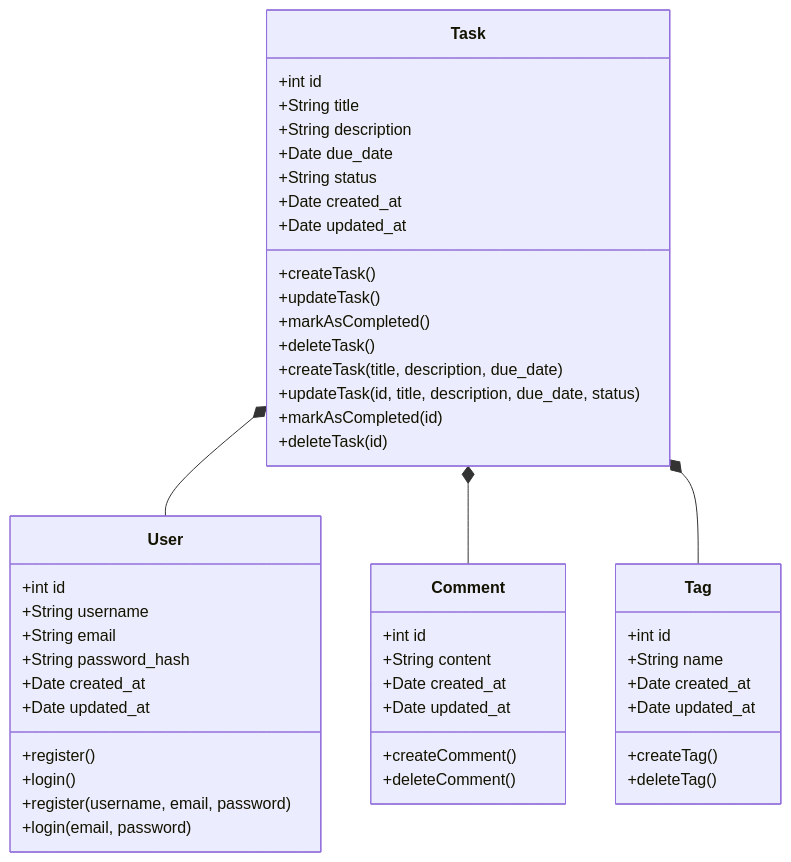
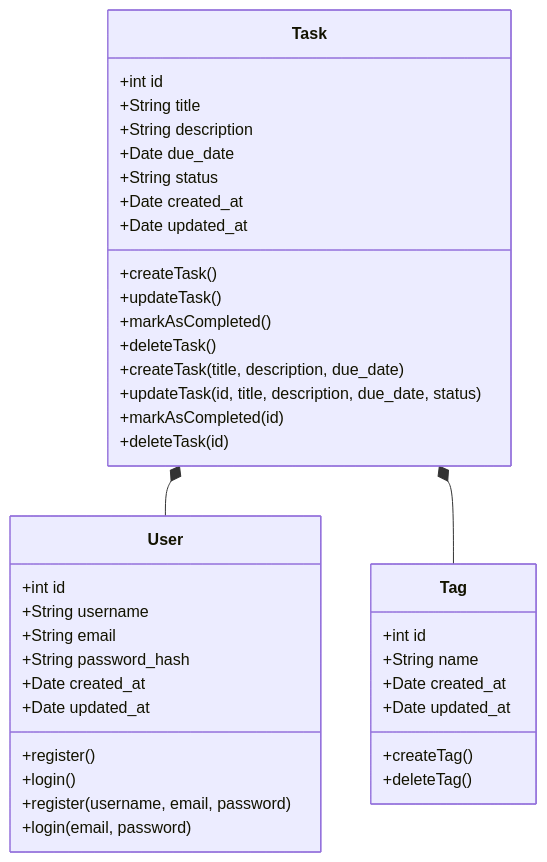
One commit to amandinhacruz/DecolaTech_Taskify changed the diagram in README.md. Above: the diagram before and after it, drawn with Mermaid.

````diff
--- a/README.md
+++ b/README.md
@@ -1,57 +1,49 @@
 ```mermaid
 classDiagram
     class Task {
         +int id
         +String title
         +String description
         +Date due_date
         +String status
         +Date created_at
         +Date updated_at
         +createTask()
         +updateTask()
         +markAsCompleted()
         +deleteTask()
     }
 
     class User {
         +int id
         +String username
         +String email
         +String password_hash
         +Date created_at
         +Date updated_at
         +register()
         +login()
     }
 
     Task * -- User 
-    Task * -- Comment 
     Task * -- Tag 
 
-    class Comment {
-        +int id
-        +String content
-        +Date created_at
-        +Date updated_at
-        +createComment()
-        +deleteComment()
-    }
+   
 
     class Tag {
         +int id
         +String name
         +Date created_at
         +Date updated_at
         +createTag()
         +deleteTag()
     }
 
     Task : +createTask(title, description, due_date)
     Task : +updateTask(id, title, description, due_date, status)
     Task : +markAsCompleted(id)
     Task : +deleteTask(id)
 
     User : +register(username, email, password)
     User : +login(email, password)
 ```
````
